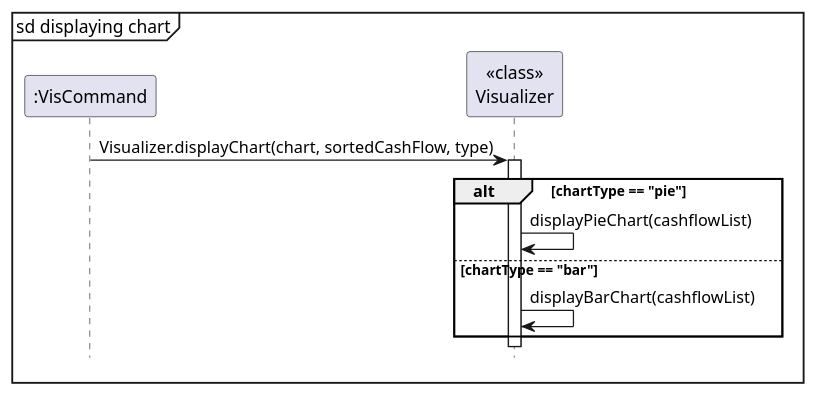
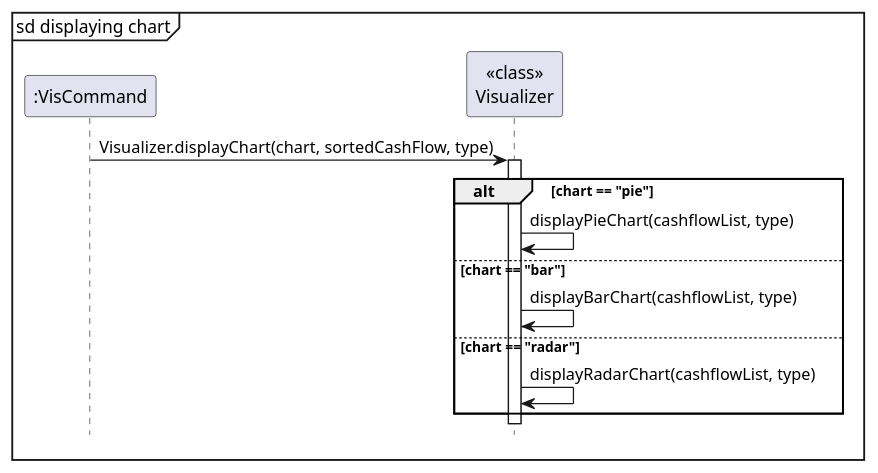
The diagram in docs/diagrams/vis/visualizerSequence.puml (nus-cs2113-AY2324S1/tp), drawn with PlantUML before and after one commit. The commit also changed 1 other file, not shown here.

Commit message:
Update diagram to include radarchart

```diff
--- a/docs/diagrams/vis/visualizerSequence.puml
+++ b/docs/diagrams/vis/visualizerSequence.puml
@@ -1,20 +1,22 @@
 @startuml
 
 mainframe sd displaying chart
 
 participant ":VisCommand"
 participant "<<class>>\nVisualizer"
 
 ":VisCommand"-> "<<class>>\nVisualizer": Visualizer.displayChart(chart, sortedCashFlow, type)
 
 activate "<<class>>\nVisualizer"
 
-alt chartType == "pie"
-    "<<class>>\nVisualizer" -> "<<class>>\nVisualizer": displayPieChart(cashflowList)
-else chartType == "bar"
-    "<<class>>\nVisualizer" -> "<<class>>\nVisualizer": displayBarChart(cashflowList)
+alt chart == "pie"
+    "<<class>>\nVisualizer" -> "<<class>>\nVisualizer": displayPieChart(cashflowList, type)
+else chart == "bar"
+    "<<class>>\nVisualizer" -> "<<class>>\nVisualizer": displayBarChart(cashflowList, type)
+else chart == "radar"
+    "<<class>>\nVisualizer" -> "<<class>>\nVisualizer": displayRadarChart(cashflowList, type)
 end
 
 hide footbox
 
 @enduml
```
